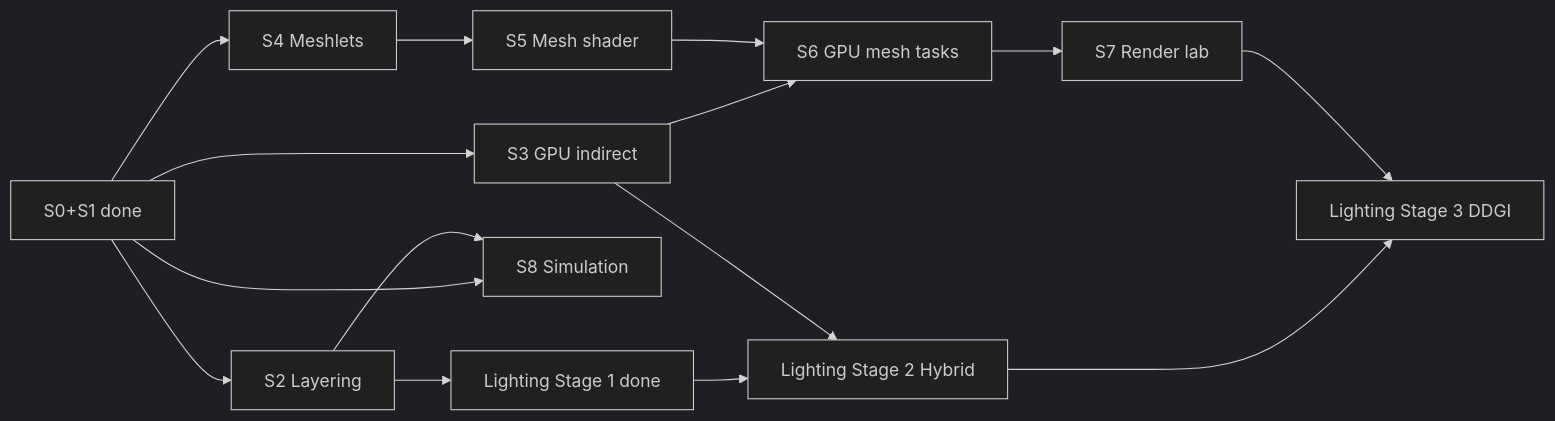
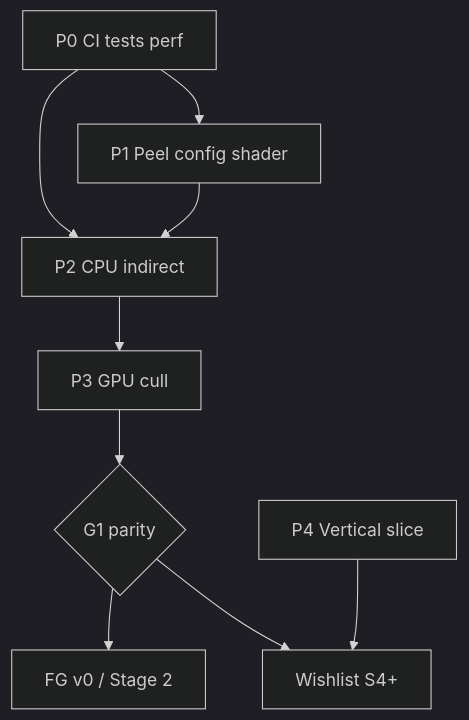
Before and after one commit to PluseggWill/SiriusEngine_VulkanReboot: the diagram in Docs/Active-Plan.md, drawn with Mermaid (dark theme). The commit also changed other lines of this file and 22 other files, not shown here.

First line of the commit message:
[Docs][Cursor] Streamline roadmap, architecture, and agent workflow rules.

````diff
--- a/Docs/Active-Plan.md
+++ b/Docs/Active-Plan.md
@@ -78,21 +46,20 @@
 ```mermaid
-flowchart LR
-  SPR_DONE[S0+S1 done]
-  SPR_DONE --> SPR_S2[S2 Layering]
-  SPR_DONE --> SPR_S3[S3 GPU indirect]
-  SPR_DONE --> SPR_S4[S4 Meshlets]
-  SPR_S4 --> SPR_S5[S5 Mesh shader]
-  SPR_S3 --> SPR_S6[S6 GPU mesh tasks]
-  SPR_S5 --> SPR_S6
-  SPR_S6 --> SPR_S7[S7 Render lab]
-  SPR_DONE --> SPR_S8[S8 Simulation]
-  SPR_S2 --> SPR_S8
+flowchart TB
+  P0[P0 CI tests perf]
+  P1[P1 Peel config shader]
+  P2[P2 CPU indirect]
+  P3[P3 GPU cull]
+  P4[P4 Vertical slice]
+  G1{G1 parity}
+  FG[FG v0 / Stage 2]
+  WL[Wishlist S4+]
 
-  LSTG1[Lighting Stage 1 done]
-  LSTG2[Lighting Stage 2 Hybrid]
-  LSTG3[Lighting Stage 3 DDGI]
-  LSTG1 --> LSTG2 --> LSTG3
-  SPR_S2 --> LSTG1
-  SPR_S3 --> LSTG2
-  SPR_S7 --> LSTG3
+  P0 --> P1
+  P0 --> P2
+  P1 --> P2
+  P2 --> P3
+  P3 --> G1
+  G1 --> FG
+  G1 --> WL
+  P4 --> WL
 ```
````
